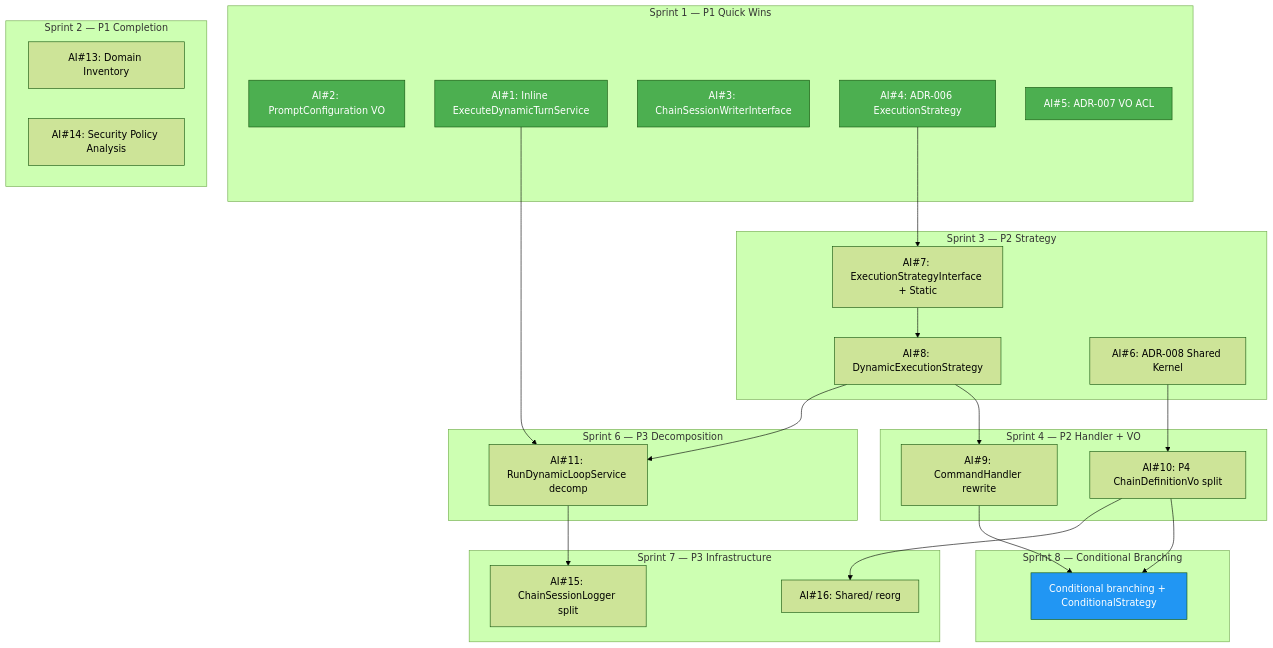
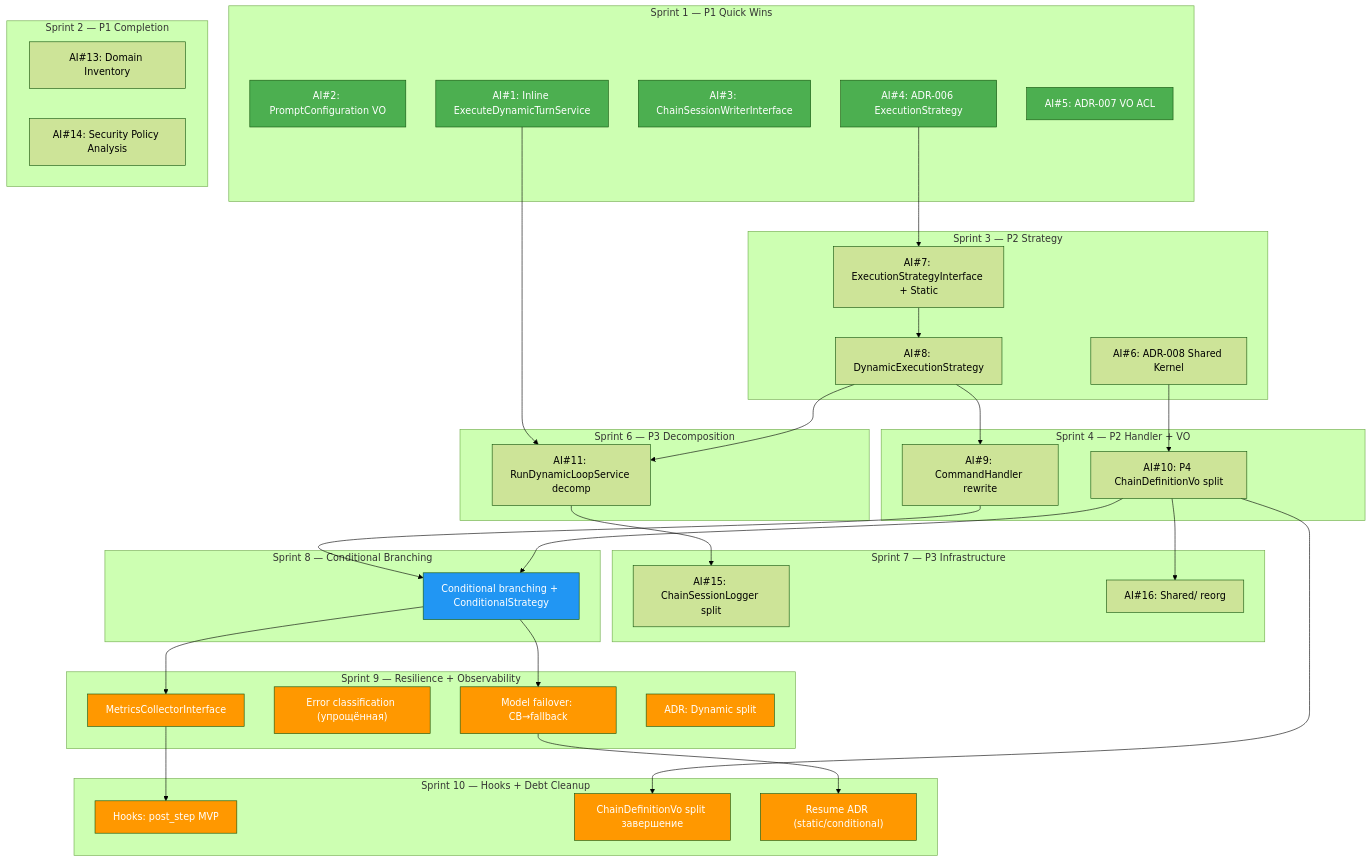
The diagram in docs/releases/ROADMAP-2026-Q2-Q3.md (prikotov/task-orchestrator), drawn with Mermaid (forest theme) before and after one commit. The commit also changed other lines of this file, not shown here.

First line of the commit message:
docs(roadmap): rewrite Sprint 9-10 per Loki review

````diff
--- a/docs/releases/ROADMAP-2026-Q2-Q3.md
+++ b/docs/releases/ROADMAP-2026-Q2-Q3.md
@@ -368,6 +408,19 @@
         CB["Conditional branching + ConditionalStrategy"]
     end
 
+    subgraph "Sprint 9 — Resilience + Observability"
+        S9T1["Model failover: CB→fallback"]
+        S9T2["Error classification (упрощённая)"]
+        S9T3["MetricsCollectorInterface"]
+        S9T4["ADR: Dynamic split"]
+    end
+
+    subgraph "Sprint 10 — Hooks + Debt Cleanup"
+        S10T1["Hooks: post_step MVP"]
+        S10T2["ChainDefinitionVo split завершение"]
+        S10T3["Resume ADR (static/conditional)"]
+    end
+
     AI4 --> AI7
     AI7 --> AI8
     AI8 --> AI9
@@ -379,10 +432,23 @@
     AI11 --> AI15
     AI10 --> AI16
 
+    CB --> S9T1
+    CB --> S9T3
+    S9T3 --> S10T1
+    AI10 --> S10T2
+    S9T1 --> S10T3
+
     style AI2 fill:#4CAF50,color:#fff
     style AI1 fill:#4CAF50,color:#fff
     style AI3 fill:#4CAF50,color:#fff
     style AI4 fill:#4CAF50,color:#fff
     style AI5 fill:#4CAF50,color:#fff
     style CB fill:#2196F3,color:#fff
+    style S9T1 fill:#FF9800,color:#fff
+    style S9T2 fill:#FF9800,color:#fff
+    style S9T3 fill:#FF9800,color:#fff
+    style S9T4 fill:#FF9800,color:#fff
+    style S10T1 fill:#FF9800,color:#fff
+    style S10T2 fill:#FF9800,color:#fff
+    style S10T3 fill:#FF9800,color:#fff
 ```
````
